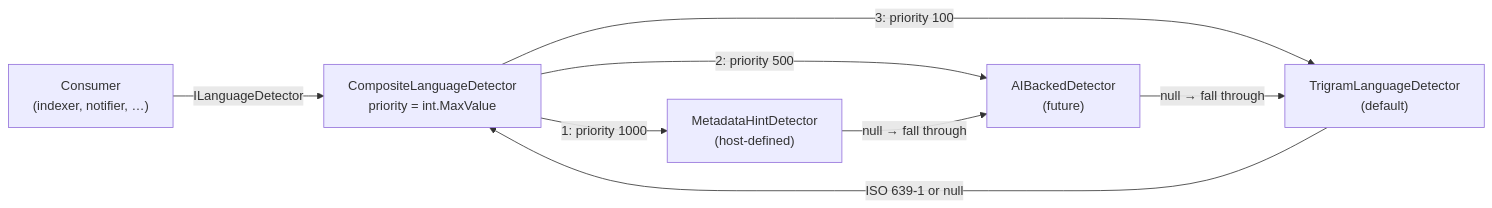
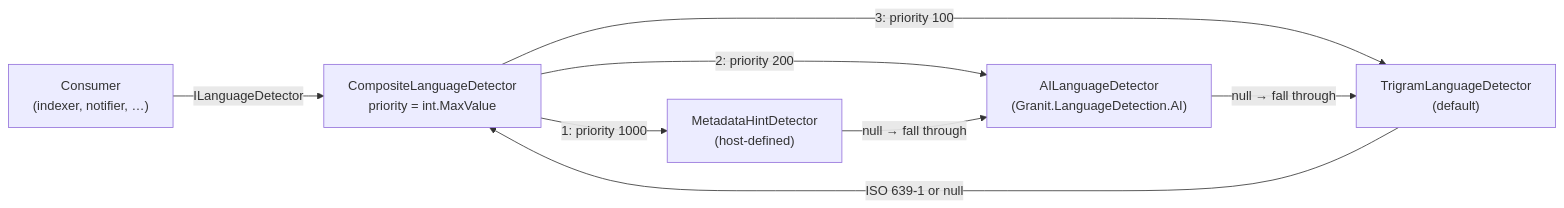
One commit to granit-fx/granit-docs changed the first of 2 diagrams in src/content/docs/dotnet/building-blocks/language-detection.mdx. Above: the diagram before and after it, drawn with Mermaid. The commit also changed other lines of this file and 1 other file, not shown here.

First line of the commit message:
docs(building-blocks): document AI-backed language detection + text extraction providers

````diff
--- a/src/content/docs/dotnet/building-blocks/language-detection.mdx
+++ b/src/content/docs/dotnet/building-blocks/language-detection.mdx
@@ -92,10 +93,10 @@
 ```mermaid
 flowchart LR
     consumer["Consumer<br/>(indexer, notifier, …)"] -->|"ILanguageDetector"| composite["CompositeLanguageDetector<br/>priority = int.MaxValue"]
     composite -->|"1: priority 1000"| hint["MetadataHintDetector<br/>(host-defined)"]
-    composite -->|"2: priority 500"| ai["AIBackedDetector<br/>(future)"]
+    composite -->|"2: priority 200"| ai["AILanguageDetector<br/>(Granit.LanguageDetection.AI)"]
     composite -->|"3: priority 100"| trigram["TrigramLanguageDetector<br/>(default)"]
     hint -->|"null → fall through"| ai
     ai -->|"null → fall through"| trigram
     trigram -->|"ISO 639-1 or null"| composite
 ```
````
